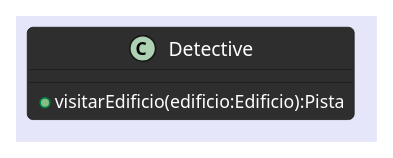
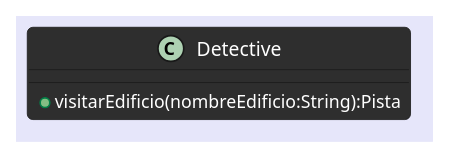
Before and after one commit to avilagaston9/algo3_tp2: the diagram in docs/Diagramas/Modelo2/Clase/clase_detective.plantuml, drawn with PlantUML. The commit also changed 3 other files, not shown here.

```diff
--- a/docs/Diagramas/Modelo2/Clase/clase_detective.plantuml
+++ b/docs/Diagramas/Modelo2/Clase/clase_detective.plantuml
@@ -1,17 +1,17 @@
 @startuml
 
 !theme reddress-darkblue
 skinparam BackgroundColor lavender
 skinparam ArrowColor black
 skinparam ArrowThickness 1.0
 skinparam RoundCorner 7
 skinparam ClassAttributeFontColor FFFFFF
 skinparam ClassFontSize 12
 skinparam ArrowFontColor black
 
 class Detective{
 
-    + visitarEdificio(edificio:Edificio):Pista
+    + visitarEdificio(nombreEdificio:String):Pista
 }
 
 @enduml
```
